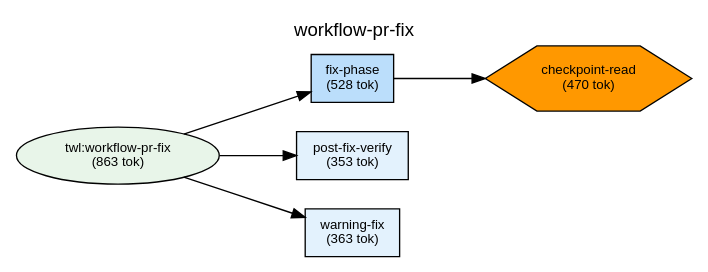
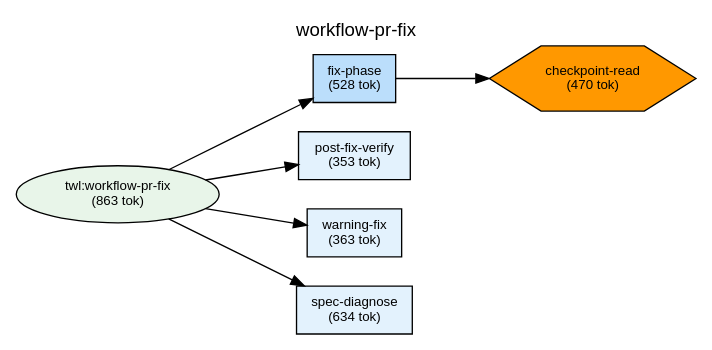
Before and after one commit to shuu5/twill: the diagram in plugins/twl/docs/deps-workflow-pr-fix.dot, drawn with Graphviz. The commit also changed 17 other files, not shown here.

```diff
--- a/plugins/twl/docs/deps-workflow-pr-fix.dot
+++ b/plugins/twl/docs/deps-workflow-pr-fix.dot
@@ -1,51 +1,54 @@
 digraph Dependencies {
     // Graph settings
     rankdir=LR;
     ranksep=0.8;
     nodesep=0.3;
     fontname="Helvetica";
     node [fontname="Helvetica", fontsize=10];
     edge [fontname="Helvetica", fontsize=9];
     label="workflow-pr-fix";
     labelloc=t;
     fontsize=14;
 
     // L0: Controller Skills
 
     // L0: Launchers
 
     // L0.5: Workflow Skills
     skill_workflow_pr_fix [label="twl:workflow-pr-fix\n(863 tok)", shape=ellipse, style=filled, fillcolor="#e8f5e9"];
 
     // Reference Skills
 
     // L1: Direct Commands
     cmd_post_fix_verify [label="post-fix-verify\n(353 tok)", shape=box, style=filled, fillcolor="#e3f2fd"];
     cmd_warning_fix [label="warning-fix\n(363 tok)", shape=box, style=filled, fillcolor="#e3f2fd"];
     cmd_fix_phase [label="fix-phase\n(528 tok)", shape=box, style=filled, fillcolor="#bbdefb"];
+    cmd_spec_diagnose [label="spec-diagnose\n(634 tok)", shape=box, style=filled, fillcolor="#e3f2fd"];
 
     // L2: Sub Commands
 
     // L3: Agents
 
     // L3.5: Scripts
     script_checkpoint_read [label="checkpoint-read\n(470 tok)", shape=hexagon, style=filled, fillcolor="#FF9800"];
 
     // L4: External
 
     // Layer constraints
     { rank=same; skill_workflow_pr_fix; }
-    { rank=same; cmd_post_fix_verify; cmd_warning_fix; cmd_fix_phase; }
+    { rank=same; cmd_post_fix_verify; cmd_warning_fix; cmd_fix_phase; cmd_spec_diagnose; }
     { rank=same; script_checkpoint_read; }
 
     // Edges
     skill_workflow_pr_fix -> cmd_fix_phase;
     skill_workflow_pr_fix -> cmd_post_fix_verify;
     skill_workflow_pr_fix -> cmd_warning_fix;
+    skill_workflow_pr_fix -> cmd_spec_diagnose;
     cmd_fix_phase -> script_checkpoint_read;
 
     // Ordering constraints (invisible edges)
     cmd_fix_phase -> cmd_post_fix_verify [style=invis, weight=10];
     cmd_post_fix_verify -> cmd_warning_fix [style=invis, weight=10];
+    cmd_warning_fix -> cmd_spec_diagnose [style=invis, weight=10];
 
 }
```
